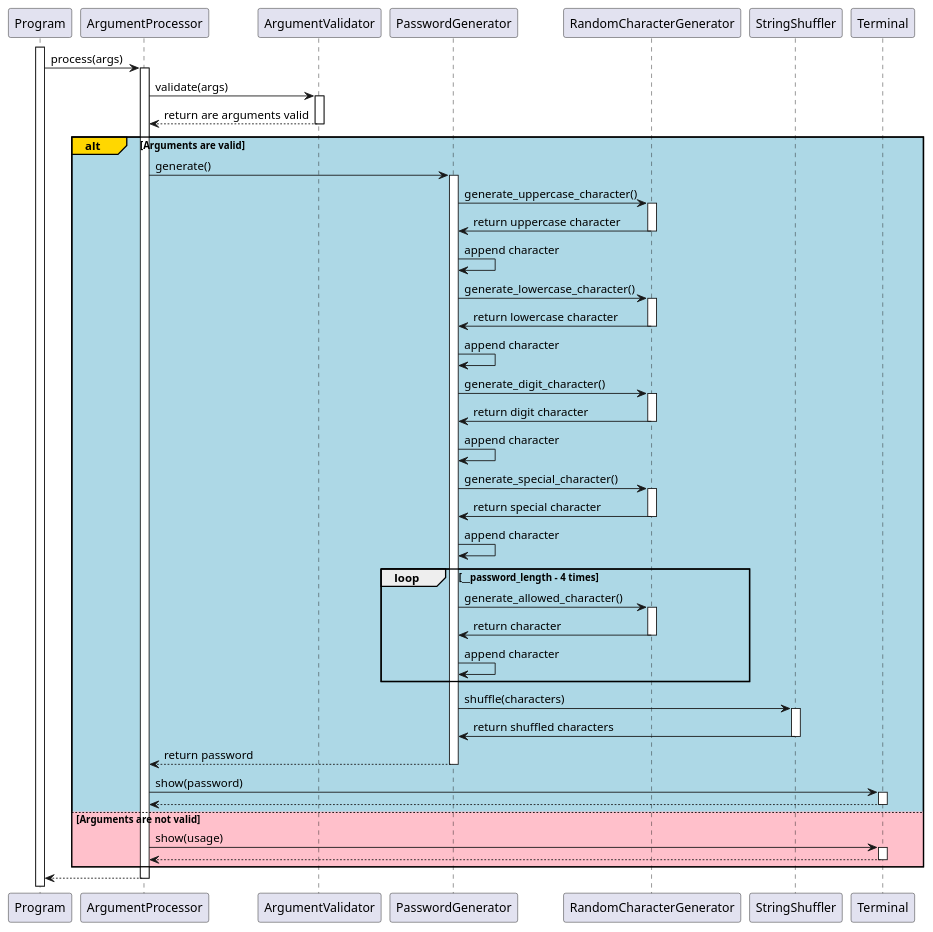
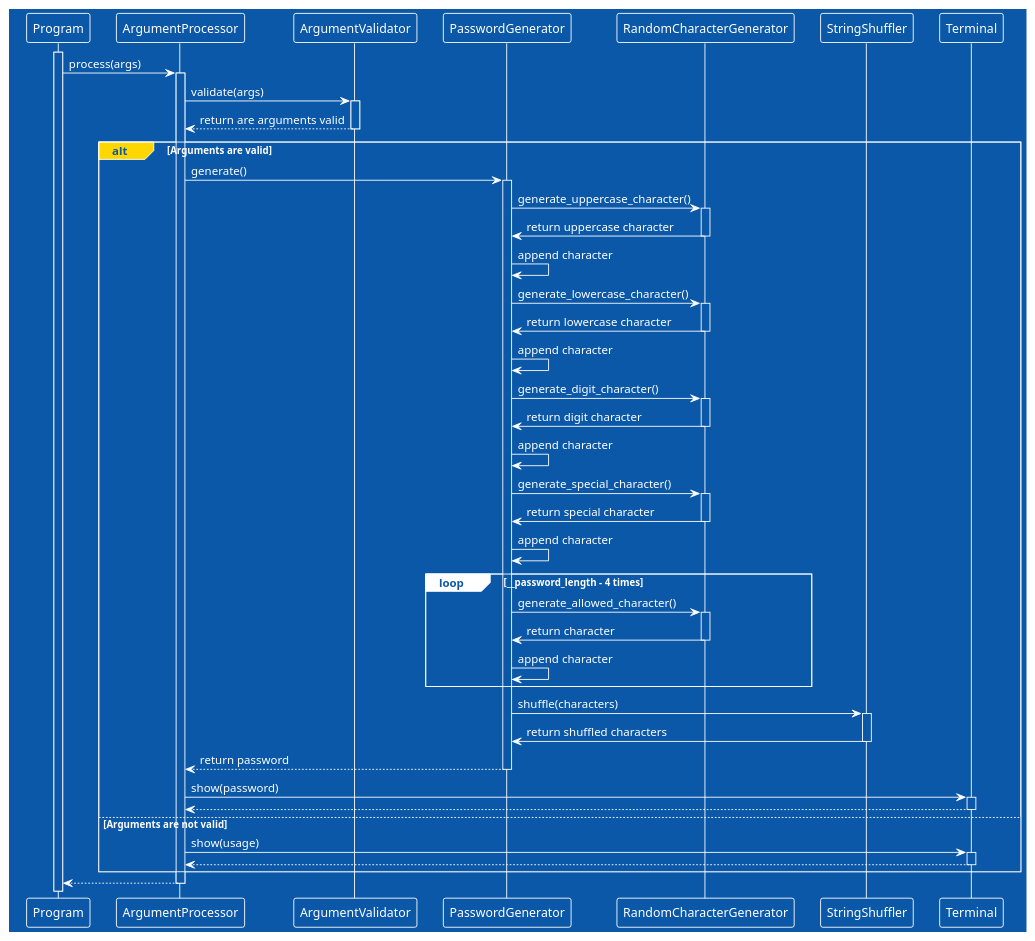
One commit to djvelimir/demo-python-cli changed the diagram in diagrams/Sequence.puml. Above: the diagram before and after it, drawn with PlantUML. The commit also changed 4 other files, not shown here.

```diff
--- a/diagrams/Sequence.puml
+++ b/diagrams/Sequence.puml
@@ -1,84 +1,85 @@
 @startuml Sequence
+!theme amiga
 participant Program as program
 participant ArgumentProcessor as argumentProcessor
 participant ArgumentValidator as argumentValidator
 participant PasswordGenerator as passwordGenerator
 participant RandomCharacterGenerator as randomCharacterGenerator
 participant StringShuffler as stringShuffler
 participant Terminal as terminal
 
 activate program
 
 program -> argumentProcessor: process(args)
 activate argumentProcessor
 
 argumentProcessor -> argumentValidator: validate(args)
 activate argumentValidator
 argumentProcessor <-- argumentValidator: return are arguments valid
 deactivate argumentValidator
 
-alt#Gold #LightBlue Arguments are valid
+alt#Gold Arguments are valid
     argumentProcessor -> passwordGenerator: generate()
     activate passwordGenerator
 
     passwordGenerator -> randomCharacterGenerator: generate_uppercase_character()
     activate randomCharacterGenerator
 
     randomCharacterGenerator -> passwordGenerator: return uppercase character
     deactivate randomCharacterGenerator
     passwordGenerator -> passwordGenerator: append character
 
     passwordGenerator -> randomCharacterGenerator: generate_lowercase_character()
     activate randomCharacterGenerator
 
     randomCharacterGenerator -> passwordGenerator: return lowercase character
     deactivate randomCharacterGenerator
     passwordGenerator -> passwordGenerator: append character
 
     passwordGenerator -> randomCharacterGenerator: generate_digit_character()
     activate randomCharacterGenerator
 
     randomCharacterGenerator -> passwordGenerator: return digit character
     deactivate randomCharacterGenerator
     passwordGenerator -> passwordGenerator: append character
 
     passwordGenerator -> randomCharacterGenerator: generate_special_character()
     activate randomCharacterGenerator
 
     randomCharacterGenerator -> passwordGenerator: return special character
     deactivate randomCharacterGenerator
     passwordGenerator -> passwordGenerator: append character
 
     loop __password_length - 4 times
         passwordGenerator -> randomCharacterGenerator: generate_allowed_character()
         activate randomCharacterGenerator
 
         randomCharacterGenerator -> passwordGenerator: return character
         deactivate randomCharacterGenerator
         passwordGenerator -> passwordGenerator: append character
     end
 
     passwordGenerator -> stringShuffler: shuffle(characters)
     activate stringShuffler
 
     stringShuffler -> passwordGenerator: return shuffled characters
     deactivate stringShuffler
 
     argumentProcessor <-- passwordGenerator: return password
     deactivate passwordGenerator
 
     argumentProcessor -> terminal: show(password)
     activate terminal
     argumentProcessor <-- terminal
     deactivate terminal
 
-else #Pink Arguments are not valid
+else Arguments are not valid
     argumentProcessor -> terminal: show(usage)
     activate terminal
     argumentProcessor <-- terminal
     deactivate terminal
 end
 
 program <-- argumentProcessor
 deactivate argumentProcessor
 @enduml
```
